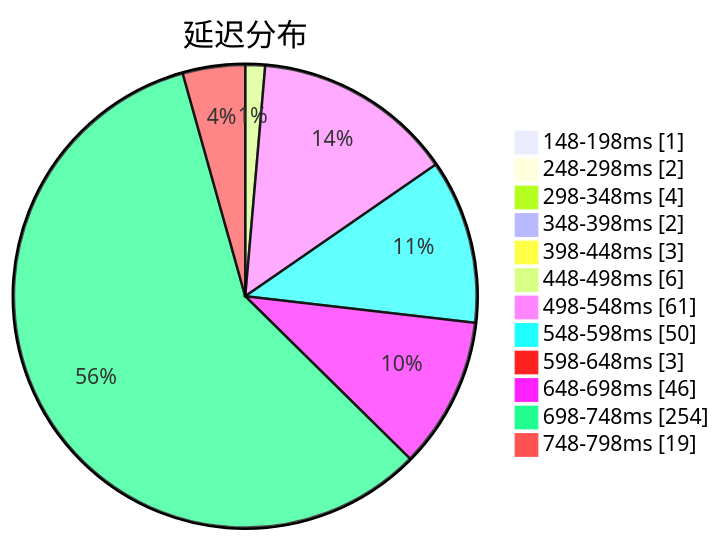
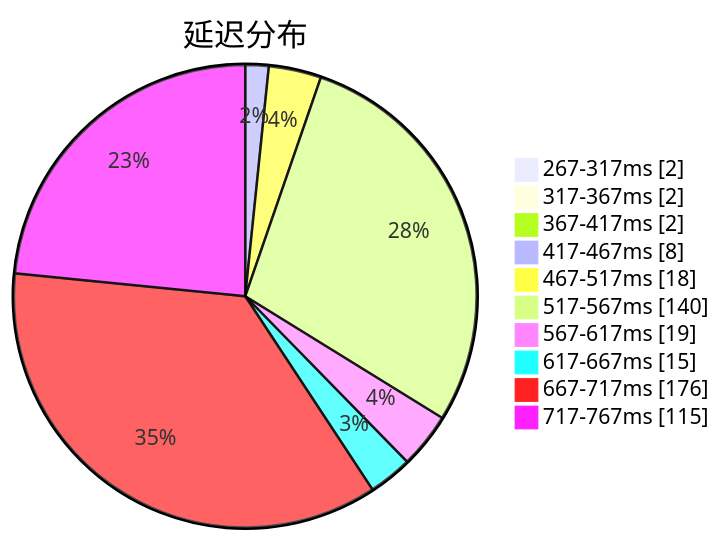
One commit to sinspired/airport changed the first of 3 diagrams in subs/statistics/tested_within.md. Above: the diagram before and after it, drawn with Mermaid. The commit also changed other lines of this file and 2 other files, not shown here.

````diff
--- a/subs/statistics/tested_within.md
+++ b/subs/statistics/tested_within.md
@@ -2,16 +2,14 @@
 ```mermaid
 pie showData
 title 延迟分布
-"148-198ms" : 1
-"248-298ms" : 2
-"298-348ms" : 4
-"348-398ms" : 2
-"398-448ms" : 3
-"448-498ms" : 6
-"498-548ms" : 61
-"548-598ms" : 50
-"598-648ms" : 3
-"648-698ms" : 46
-"698-748ms" : 254
-"748-798ms" : 19
+"267-317ms" : 2
+"317-367ms" : 2
+"367-417ms" : 2
+"417-467ms" : 8
+"467-517ms" : 18
+"517-567ms" : 140
+"567-617ms" : 19
+"617-667ms" : 15
+"667-717ms" : 176
+"717-767ms" : 115
 ```
````
